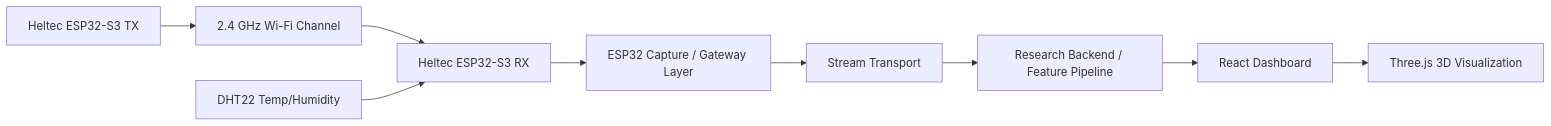
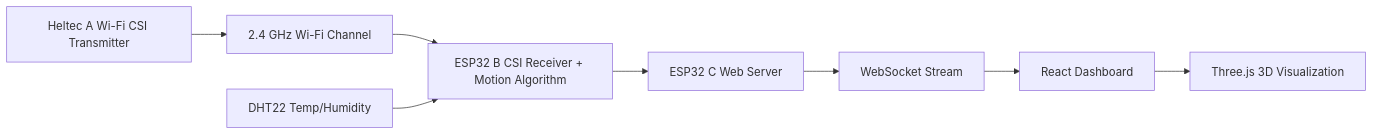
Before and after one commit to deepdevjose/WiFi-Ghost: the diagram in docs/architecture/system-overview.md, drawn with Mermaid. The commit also changed other lines of this file and 13 other files, not shown here.

````diff
--- a/docs/architecture/system-overview.md
+++ b/docs/architecture/system-overview.md
@@ -7,11 +7,10 @@
 ```mermaid
 flowchart LR
-	TX[Heltec ESP32-S3 TX] --> AIR[2.4 GHz Wi-Fi Channel]
-	AIR --> RX[Heltec ESP32-S3 RX]
+	TX[Heltec A Wi-Fi CSI Transmitter] --> AIR[2.4 GHz Wi-Fi Channel]
+	AIR --> RX[ESP32 B CSI Receiver + Motion Algorithm]
 	DHT[DHT22 Temp/Humidity] --> RX
-	RX --> EDGE[ESP32 Capture / Gateway Layer]
-	EDGE --> BUS[Stream Transport]
-	BUS --> APP[Research Backend / Feature Pipeline]
-	APP --> UI[React Dashboard]
+	RX --> DASH[ESP32 C Web Server]
+	DASH --> BUS[WebSocket Stream]
+	BUS --> UI[React Dashboard]
 	UI --> VIZ[Three.js 3D Visualization]
 ```
````
